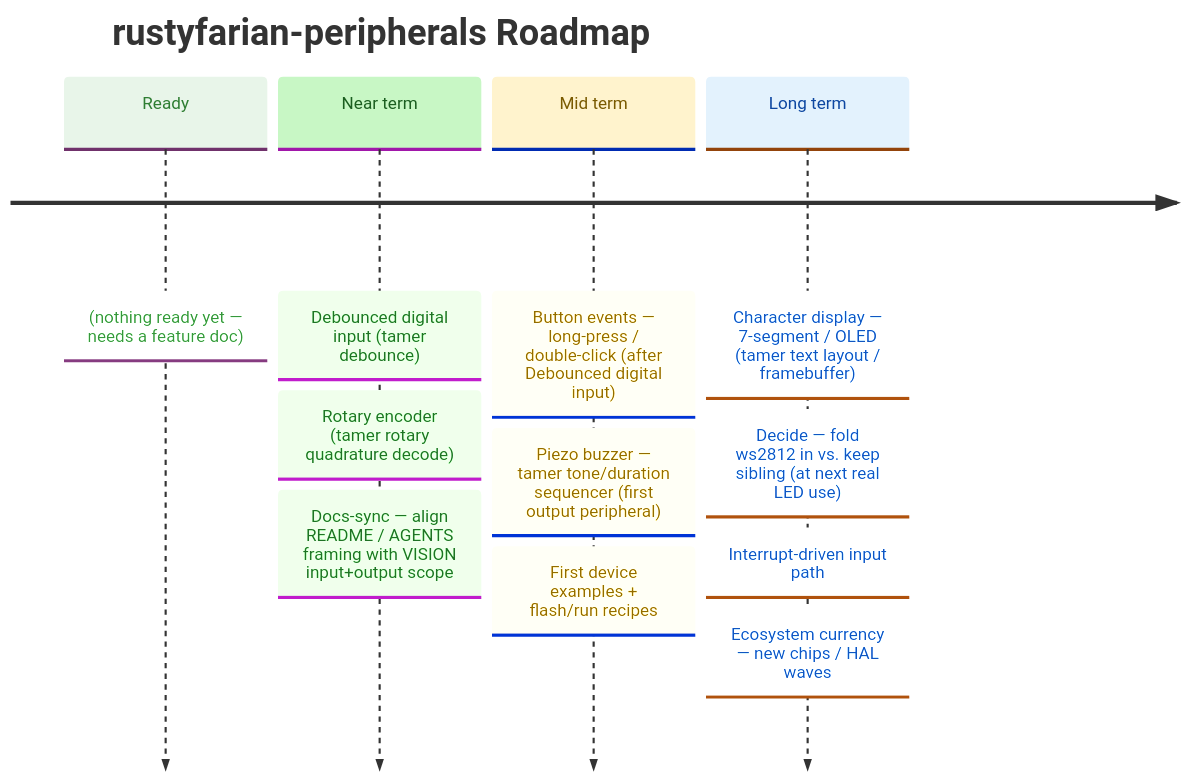
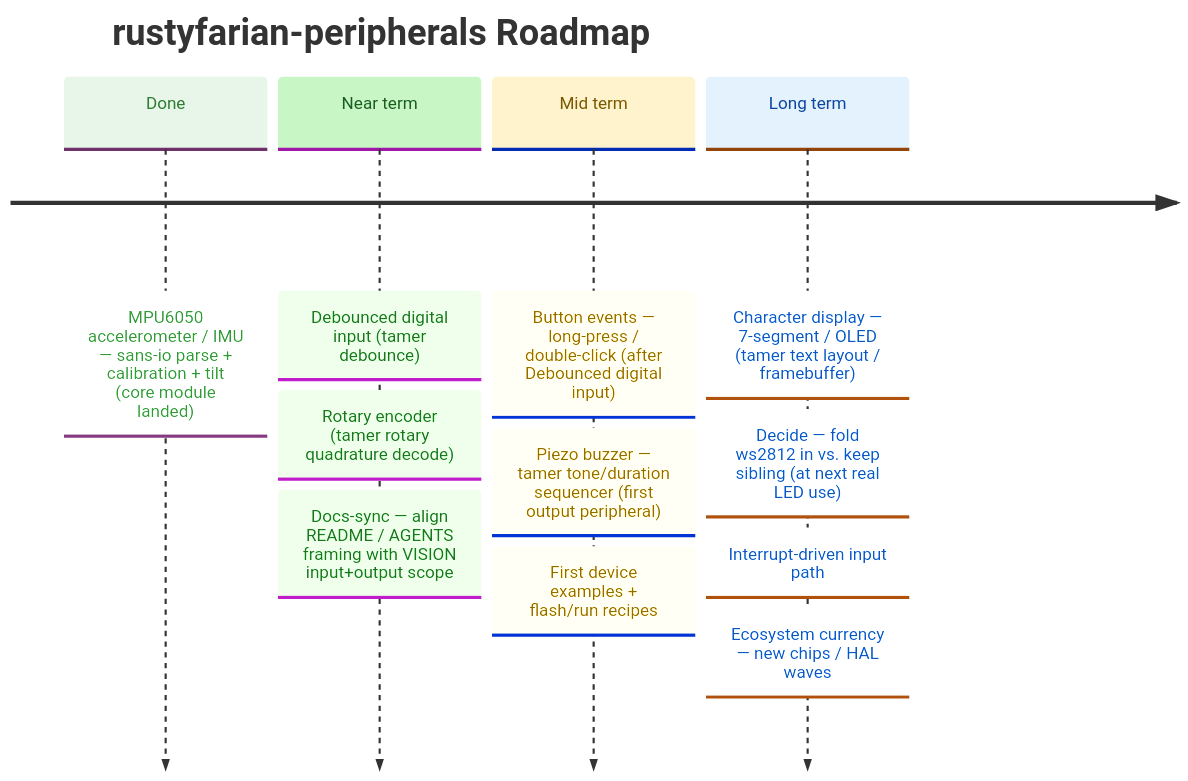
The diagram in docs/ROADMAP.md (datenkollektiv/rustyfarian-peripherals), drawn with Mermaid before and after one commit. The commit also changed other lines of this file and 16 other files, not shown here.

First line of the commit message:
Add `tamer::mpu6050` for MPU6050 IMU support

````diff
--- a/docs/ROADMAP.md
+++ b/docs/ROADMAP.md
@@ -16,33 +16,33 @@
 ```mermaid
 %%{init: {
   "theme": "base",
   "themeVariables": {
     "cScale0": "#e8f5e9",
     "cScaleLabel0": "#2e7d32",
     "cScale1": "#c8f7c5",
     "cScaleLabel1": "#1b5e20",
     "cScale2": "#fff3cd",
     "cScaleLabel2": "#7a5a00",
     "cScale3": "#e3f2fd",
     "cScaleLabel3": "#0d47a1"
   }
 }}%%
 
 timeline
     title rustyfarian-peripherals Roadmap
 
-    Ready     : (nothing ready yet — needs a feature doc)
+    Done      : MPU6050 accelerometer / IMU — sans-io parse + calibration + tilt (core module landed)
 
     Near term : Debounced digital input (tamer debounce)
               : Rotary encoder (tamer rotary quadrature decode)
               : Docs-sync — align README / AGENTS framing with VISION input+output scope
 
     Mid term  : Button events — long-press / double-click (after Debounced digital input)
               : Piezo buzzer — tamer tone/duration sequencer (first output peripheral)
               : First device examples + flash/run recipes
 
     Long term : Character display — 7-segment / OLED (tamer text layout / framebuffer)
               : Decide — fold ws2812 in vs. keep sibling (at next real LED use)
               : Interrupt-driven input path
               : Ecosystem currency — new chips / HAL waves
 ```
````
